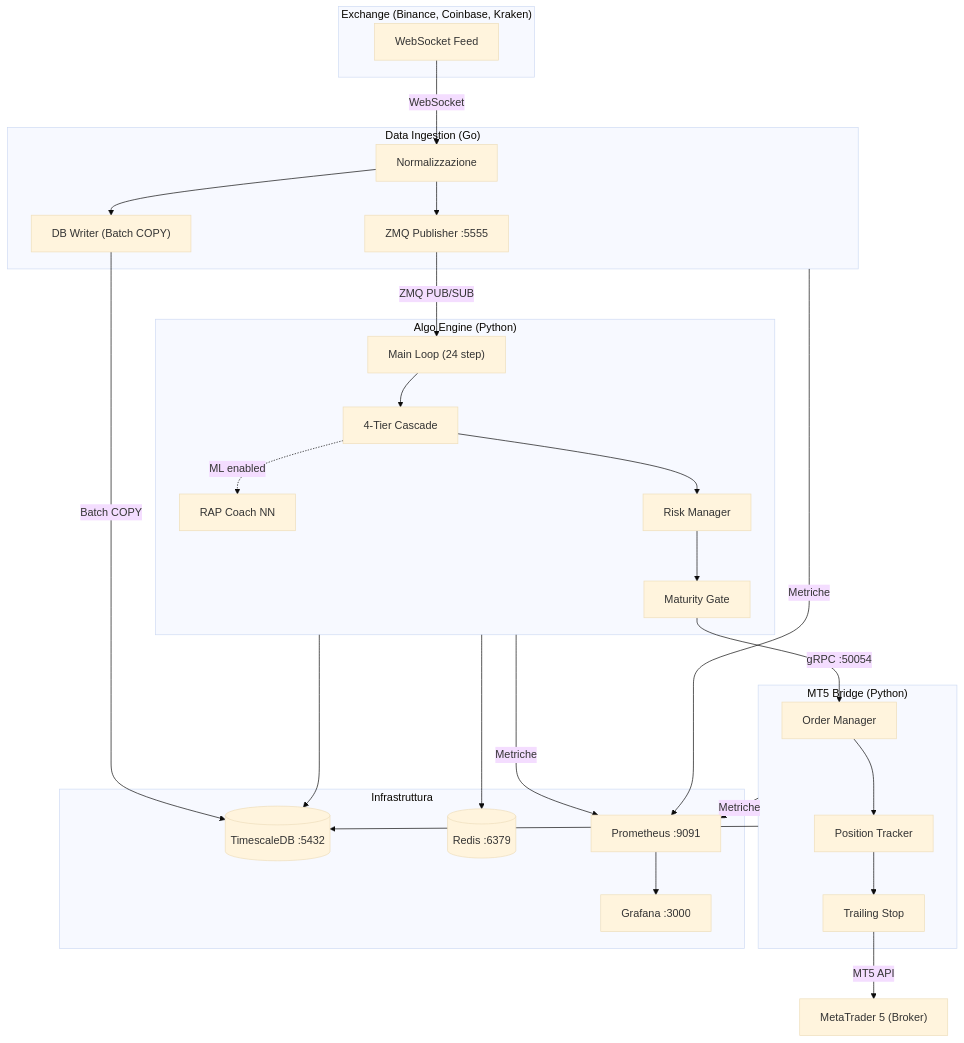
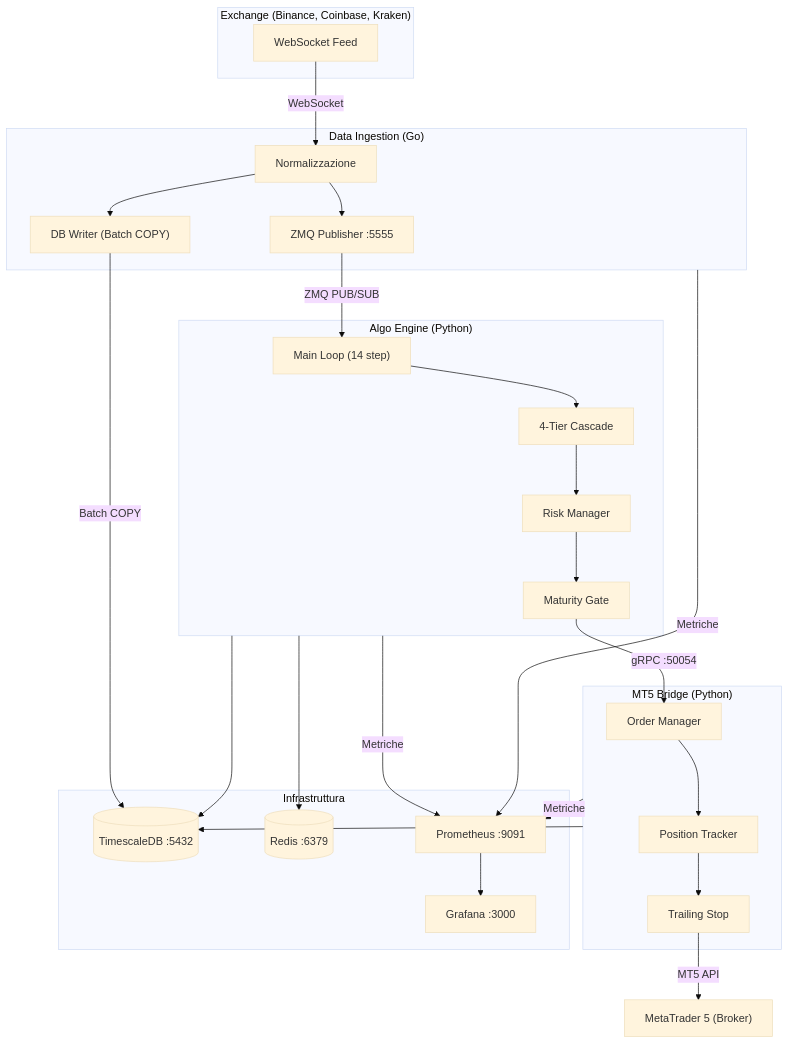
The diagram in README.md (renanaugustomacena-ux/invest-smart), drawn with Mermaid (base theme) before and after one commit. The commit also changed other lines of this file and 3 other files, not shown here.

````diff
--- a/README.md
+++ b/README.md
@@ -40,56 +39,54 @@
 ```mermaid
 graph TB
     subgraph Exchanges["Exchange (Binance, Coinbase, Kraken)"]
         WS["WebSocket Feed"]
     end
 
     subgraph DI["Data Ingestion (Go)"]
         NORM["Normalizzazione"]
         DBWR["DB Writer (Batch COPY)"]
         ZMPUB["ZMQ Publisher :5555"]
     end
 
     subgraph BRAIN["Algo Engine (Python)"]
-        LOOP["Main Loop (24 step)"]
+        LOOP["Main Loop (14 step)"]
         CASCADE["4-Tier Cascade"]
-        RAP["RAP Coach NN"]
         RISK["Risk Manager"]
         MATURE["Maturity Gate"]
     end
 
     subgraph MT5B["MT5 Bridge (Python)"]
         ORD["Order Manager"]
         POS["Position Tracker"]
         TRAIL["Trailing Stop"]
     end
 
     subgraph INFRA["Infrastruttura"]
         DB[("TimescaleDB :5432")]
         REDIS[("Redis :6379")]
         PROM["Prometheus :9091"]
         GRAF["Grafana :3000"]
     end
 
     BROKER["MetaTrader 5 (Broker)"]
 
     WS -->|WebSocket| NORM
     NORM --> DBWR
     NORM --> ZMPUB
     DBWR -->|Batch COPY| DB
     ZMPUB -->|ZMQ PUB/SUB| LOOP
     LOOP --> CASCADE
-    CASCADE -.->|ML enabled| RAP
     CASCADE --> RISK
     RISK --> MATURE
     MATURE -->|gRPC :50054| ORD
     ORD --> POS
     POS --> TRAIL
     TRAIL -->|MT5 API| BROKER
     BRAIN -->|Metriche| PROM
     DI -->|Metriche| PROM
     MT5B -->|Metriche| PROM
     PROM --> GRAF
     BRAIN --> DB
     BRAIN --> REDIS
     MT5B --> DB
 ```
````
